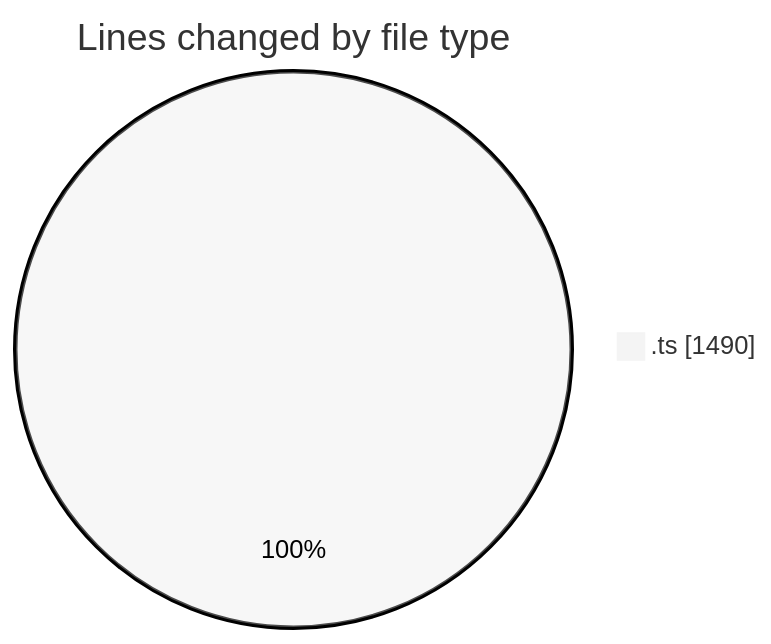
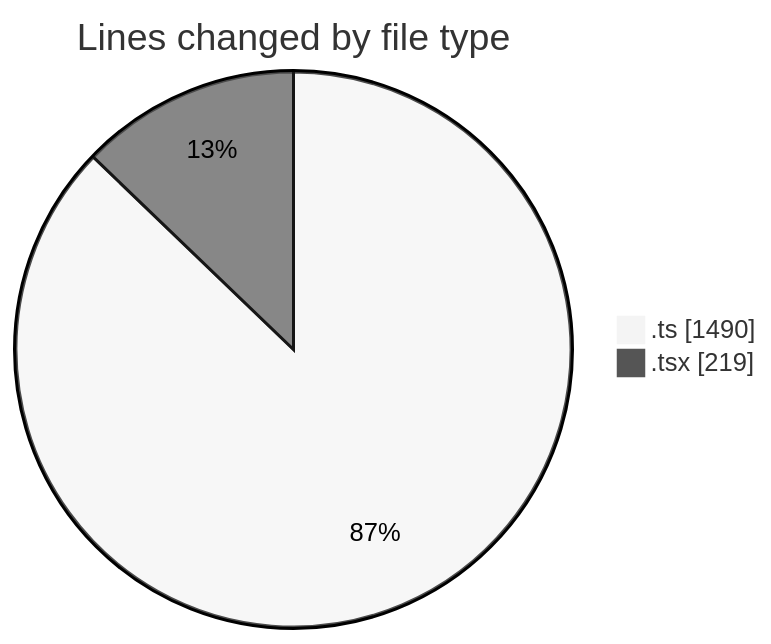
Before and after one commit to momahboobian/code-tracking: the first of 2 diagrams in 2025-11-27/cda/README.md, drawn with Mermaid (neutral theme). The commit also changed other lines of this file and 1 other file, not shown here.

````diff
--- a/2025-11-27/cda/README.md
+++ b/2025-11-27/cda/README.md
@@ -21,5 +22,6 @@
 ```mermaid
 pie showData
 title Lines changed by file type
 ".ts" : 1490
+".tsx" : 219
 ```
````
